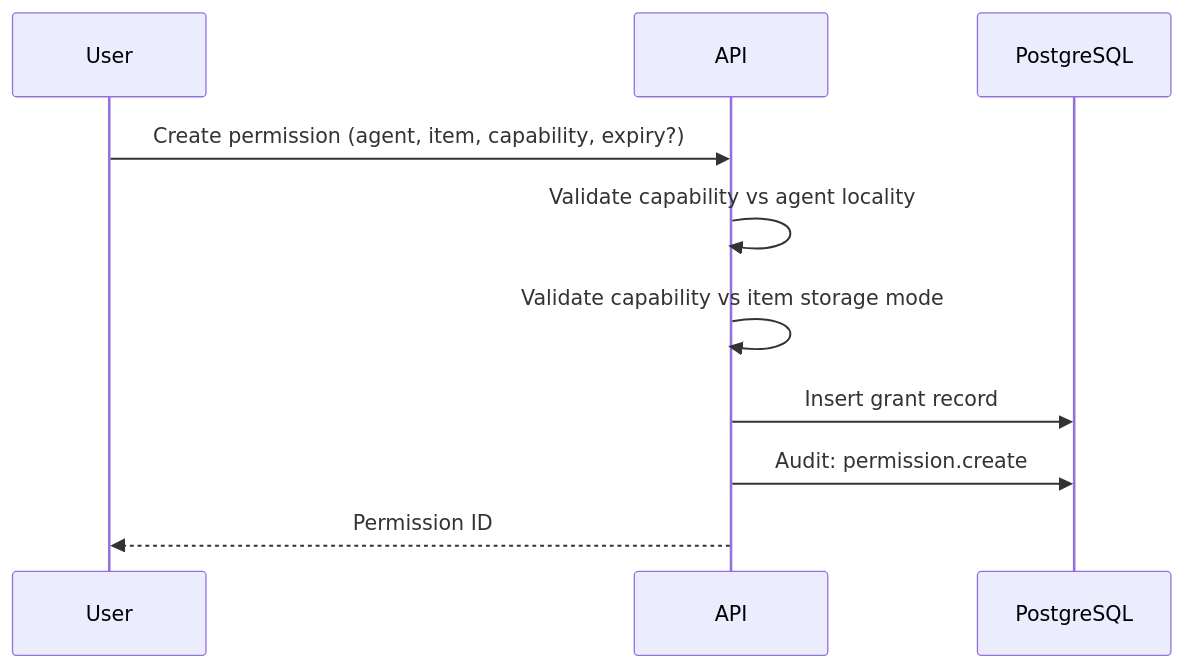
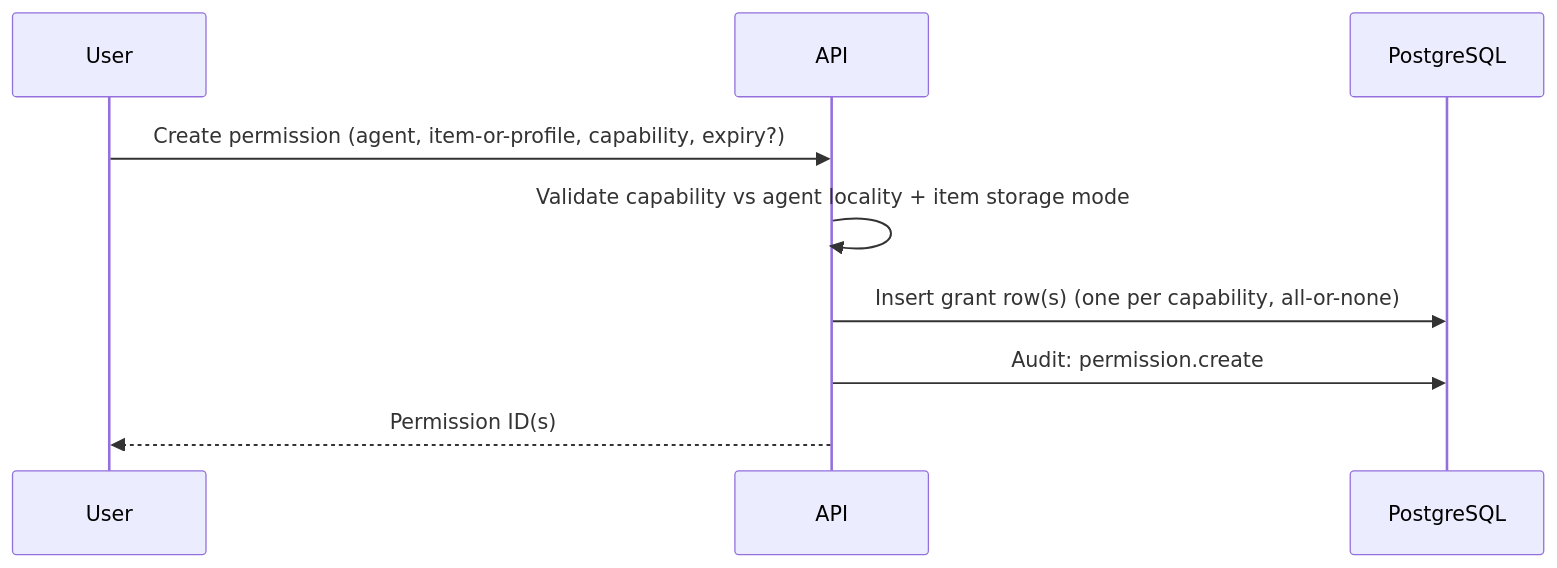
Diagram 12 of 16 in apps/docs/workflows/flows.mdx (punitarani/abadge), drawn with Mermaid before and after one commit. The commit also changed other lines of this file and 217 other files, not shown here.

````diff
--- a/apps/docs/workflows/flows.mdx
+++ b/apps/docs/workflows/flows.mdx
@@ -230,13 +260,12 @@
 ```mermaid
 sequenceDiagram
   participant User as User
   participant API as API
   participant DB as PostgreSQL
 
-  User->>API: Create permission (agent, item, capability, expiry?)
-  API->>API: Validate capability vs agent locality
-  API->>API: Validate capability vs item storage mode
-  API->>DB: Insert grant record
+  User->>API: Create permission (agent, item-or-profile, capability, expiry?)
+  API->>API: Validate capability vs agent locality + item storage mode
+  API->>DB: Insert grant row(s) (one per capability, all-or-none)
   API->>DB: Audit: permission.create
-  API-->>User: Permission ID
+  API-->>User: Permission ID(s)
 ```
````
